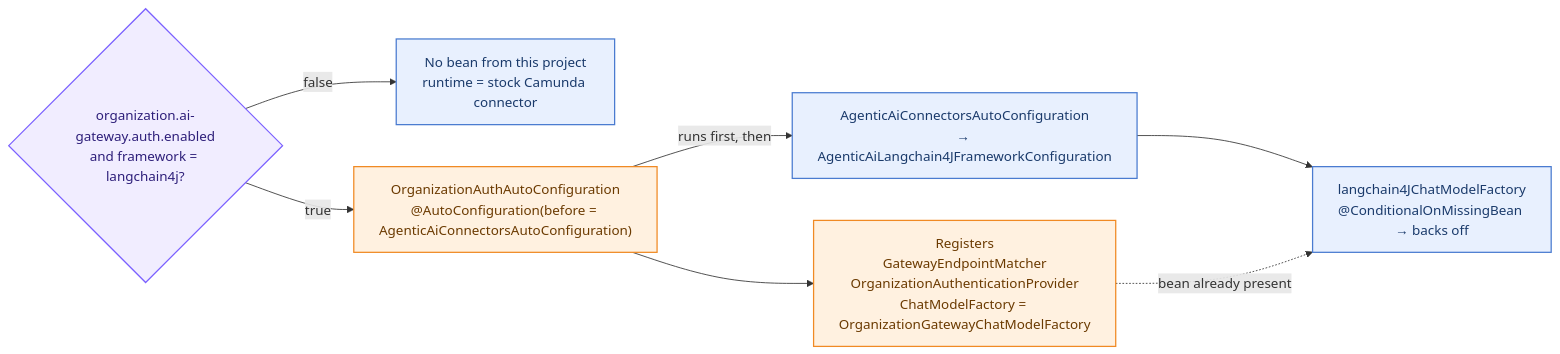
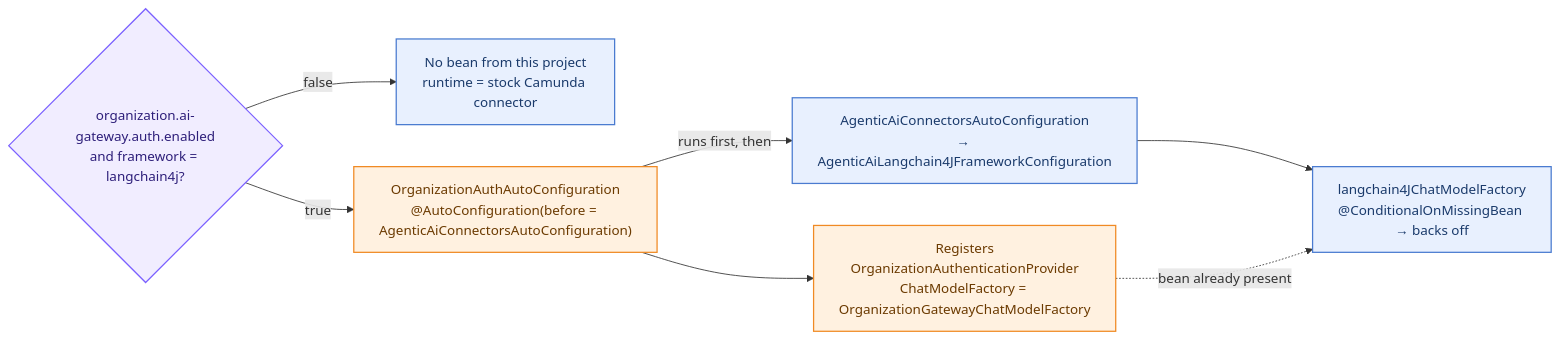
Before and after one commit to pranaykatariya/camunda-custom-bedrock-connector: the third of 5 diagrams in docs/ARCHITECTURE.md, drawn with Mermaid. The commit also changed other lines of this file and 25 other files, not shown here.

Commit message:
removed allowed list to pass any gateway endpoint

````diff
--- a/docs/ARCHITECTURE.md
+++ b/docs/ARCHITECTURE.md
@@ -158,21 +158,21 @@
 ```mermaid
 flowchart LR
     enabled{"organization.ai-gateway.auth.enabled<br/>and framework = langchain4j?"}
     stock["No bean from this project<br/>runtime = stock Camunda connector"]
     ours["OrganizationAuthAutoConfiguration<br/>@AutoConfiguration(before = AgenticAiConnectorsAutoConfiguration)"]
-    beans["Registers<br/>GatewayEndpointMatcher<br/>OrganizationAuthenticationProvider<br/>ChatModelFactory = OrganizationGatewayChatModelFactory"]
+    beans["Registers<br/>OrganizationAuthenticationProvider<br/>ChatModelFactory = OrganizationGatewayChatModelFactory"]
     camunda["AgenticAiConnectorsAutoConfiguration<br/>→ AgenticAiLangchain4JFrameworkConfiguration"]
     backoff["langchain4JChatModelFactory<br/>@ConditionalOnMissingBean → backs off"]
 
     enabled -- "false" --> stock
     enabled -- "true" --> ours --> beans
     ours -- "runs first, then" --> camunda --> backoff
     beans -. "bean already present" .-> backoff
 
     classDef cam fill:#E8F0FE,stroke:#4A7BD0,stroke-width:1.5px,color:#1A3A6B
     classDef ours fill:#FFF1E0,stroke:#F08A24,stroke-width:1.5px,color:#6B3A00
     classDef cfg fill:#F1EDFF,stroke:#7B61FF,stroke-width:1.5px,color:#2E1F7A
     class camunda,backoff,stock cam
     class ours,beans ours
     class enabled cfg
 ```
````
